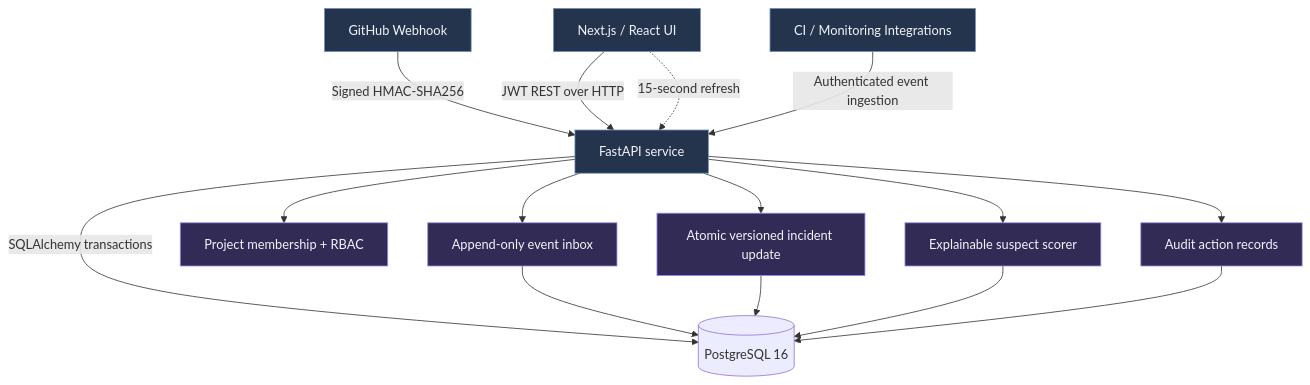
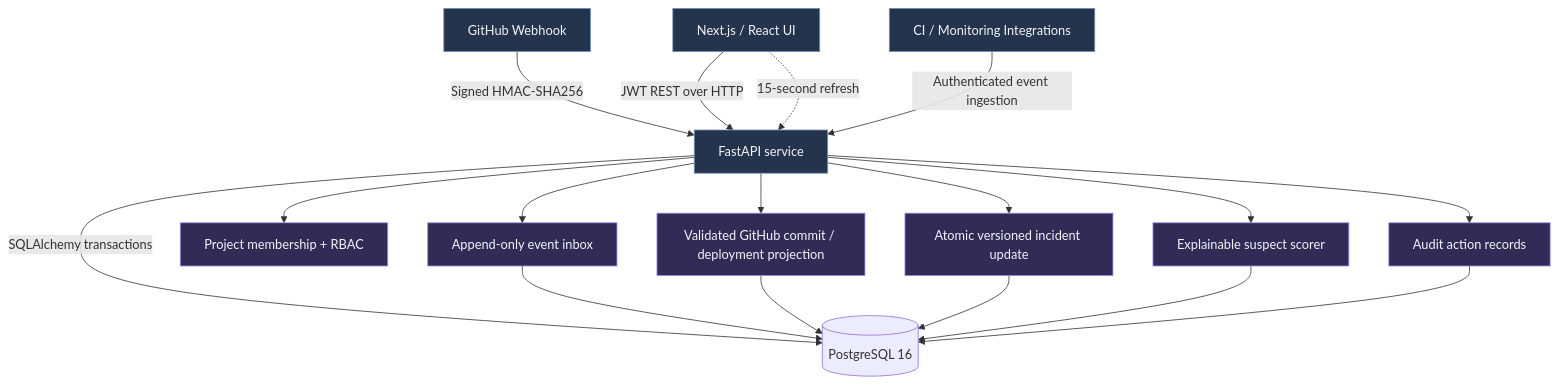
One commit to hamzaa378/Fault-Line changed the first of 3 diagrams in docs/DIAGRAMS.md. Above: the diagram before and after it, drawn with Mermaid. The commit also changed 16 other files, not shown here.

````diff
--- a/docs/DIAGRAMS.md
+++ b/docs/DIAGRAMS.md
@@ -7,21 +7,23 @@
 ```mermaid
 flowchart TD
     Browser["Next.js / React UI"] -->|"JWT REST over HTTP"| API["FastAPI service"]
     GitHub["GitHub Webhook"] -->|"Signed HMAC-SHA256"| API
     CLI["CI / Monitoring Integrations"] -->|"Authenticated event ingestion"| API
     API -->|"SQLAlchemy transactions"| DB[("PostgreSQL 16")]
     API --> Auth["Project membership + RBAC"]
     API --> EventLog["Append-only event inbox"]
+    API --> Projection["Validated GitHub commit / deployment projection"]
     API --> CAS["Atomic versioned incident update"]
     API --> Inference["Explainable suspect scorer"]
     EventLog --> DB
+    Projection --> DB
     CAS --> DB
     Inference --> DB
     API --> Audit["Audit action records"]
     Audit --> DB
     Browser -.->|"15-second refresh"| API
     classDef blue fill:#24344d,stroke:#7191bd,color:#f2f4fa
     classDef purple fill:#322b55,stroke:#9f89ed,color:#f2f4fa
     class Browser,API,GitHub,CLI blue
-    class Auth,EventLog,CAS,Inference,Audit purple
+    class Auth,EventLog,Projection,CAS,Inference,Audit purple
 ```
````
